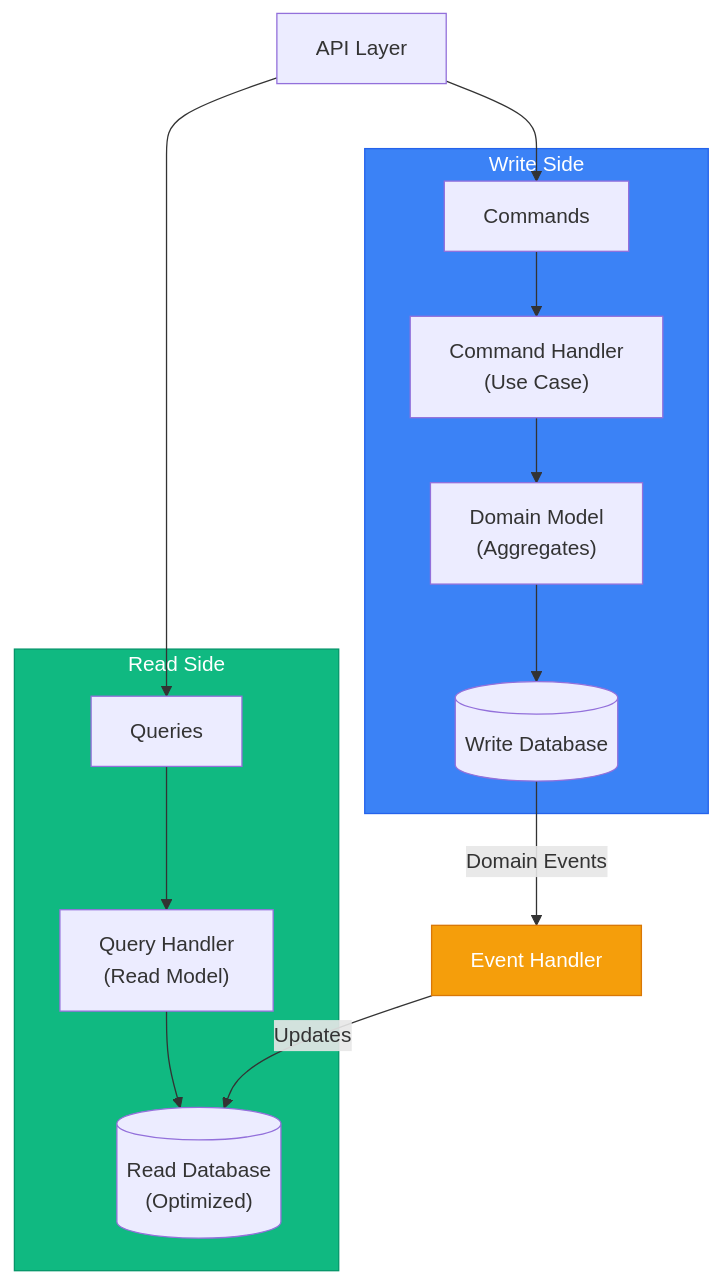
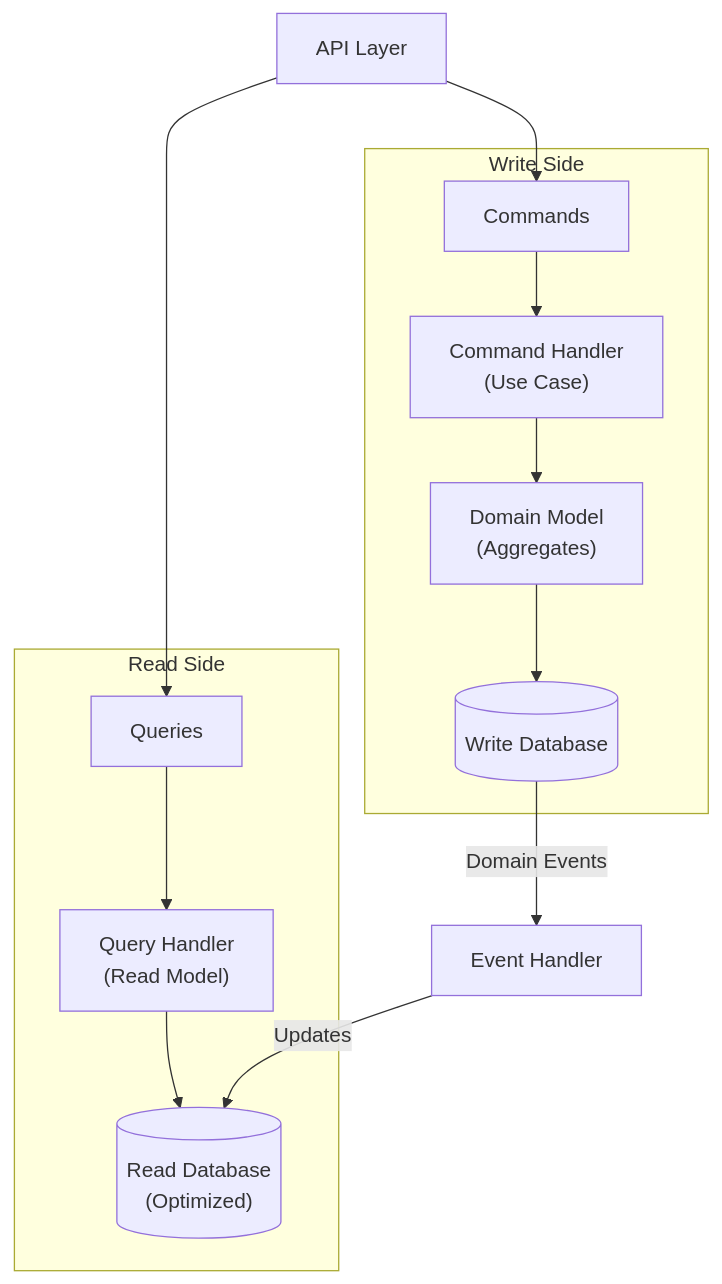
One commit to marcusquinn/aidevops changed the diagram in .agents/tools/architecture/clean-ddd-hexagonal-skill/cqrs-events.md. Above: the diagram before and after it, drawn with Mermaid. The commit also changed other lines of this file, not shown here.

````diff
--- a/.agents/tools/architecture/clean-ddd-hexagonal-skill/cqrs-events.md
+++ b/.agents/tools/architecture/clean-ddd-hexagonal-skill/cqrs-events.md
@@ -21,24 +17,21 @@
 ```mermaid
 flowchart TB
     API["API Layer"]
     API --> Commands
     API --> Queries
 
     subgraph WriteSide["Write Side"]
         Commands --> CmdHandler["Command Handler\n(Use Case)"]
         CmdHandler --> DomainModel["Domain Model\n(Aggregates)"]
         DomainModel --> WriteDB[("Write Database")]
     end
 
     subgraph ReadSide["Read Side"]
         Queries --> QryHandler["Query Handler\n(Read Model)"]
         QryHandler --> ReadDB[("Read Database\n(Optimized)")]
     end
 
     WriteDB -->|Domain Events| EventHandler["Event Handler"]
     EventHandler -->|Updates| ReadDB
 
-    style WriteSide fill:#3b82f6,stroke:#2563eb,color:white
-    style ReadSide fill:#10b981,stroke:#059669,color:white
-    style EventHandler fill:#f59e0b,stroke:#d97706,color:white
 ```
````
